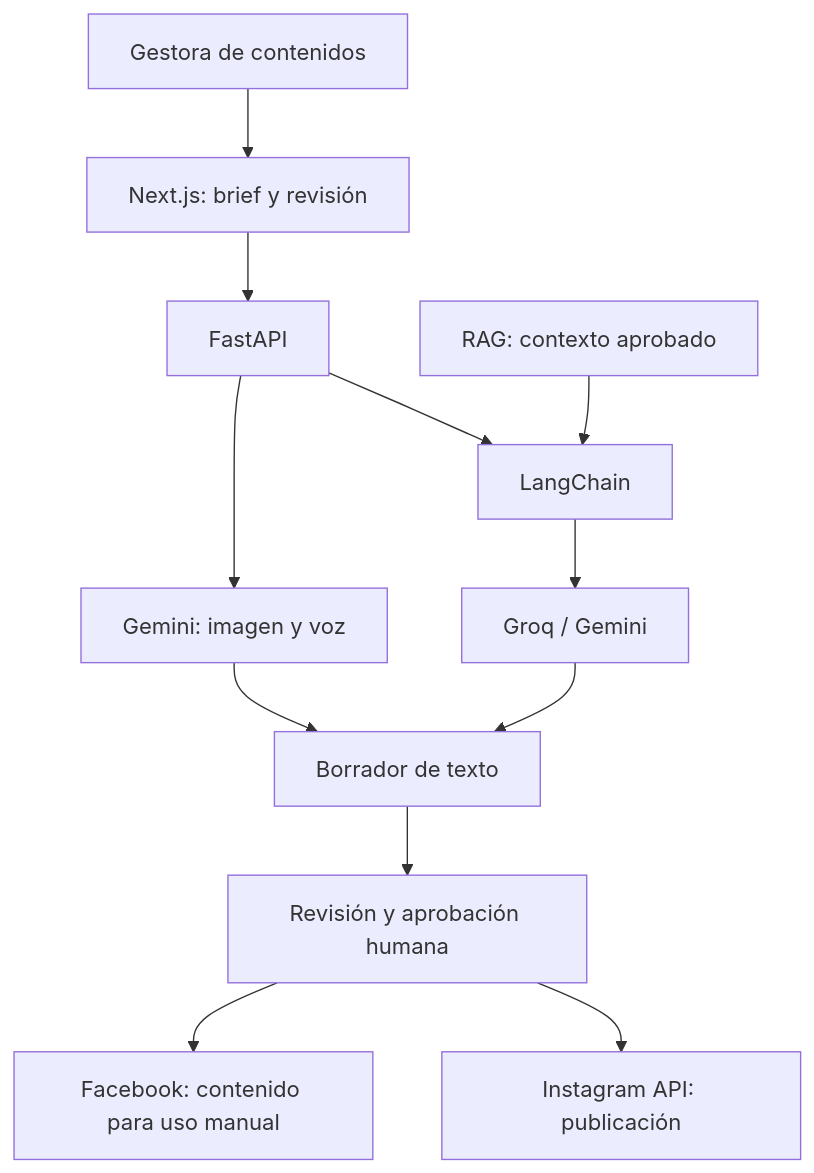
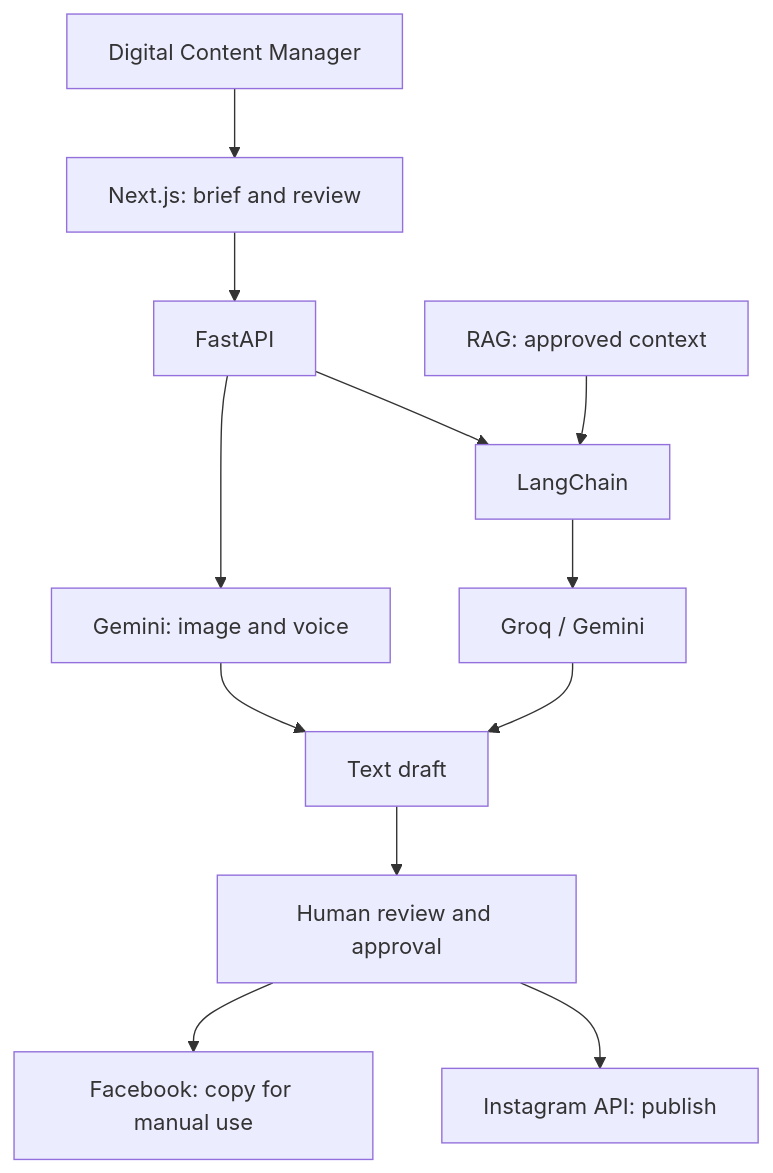
The first of 2 diagrams in README.md (gabrielagranja/generador-contenido-llms), drawn with Mermaid before and after one commit. The commit also changed other lines of this file, not shown here.

````diff
--- a/README.md
+++ b/README.md
@@ -47,14 +64,14 @@
 ```mermaid
 flowchart TD
-    U["Gestora de contenidos"] --> W["Next.js: brief y revisión"]
+    U["Digital Content Manager"] --> W["Next.js: brief and review"]
     W --> A["FastAPI"]
     A --> L["LangChain"]
-    R["RAG: contexto aprobado"] --> L
+    R["RAG: approved context"] --> L
     L --> M["Groq / Gemini"]
-    M --> D["Borrador de texto"]
-    A --> V["Gemini: imagen y voz"]
+    M --> D["Text draft"]
+    A --> V["Gemini: image and voice"]
     V --> D
-    D --> H["Revisión y aprobación humana"]
-    H --> I["Instagram API: publicación"]
-    H --> F["Facebook: contenido para uso manual"]
+    D --> H["Human review and approval"]
+    H --> I["Instagram API: publish"]
+    H --> F["Facebook: copy for manual use"]
 ```
````
